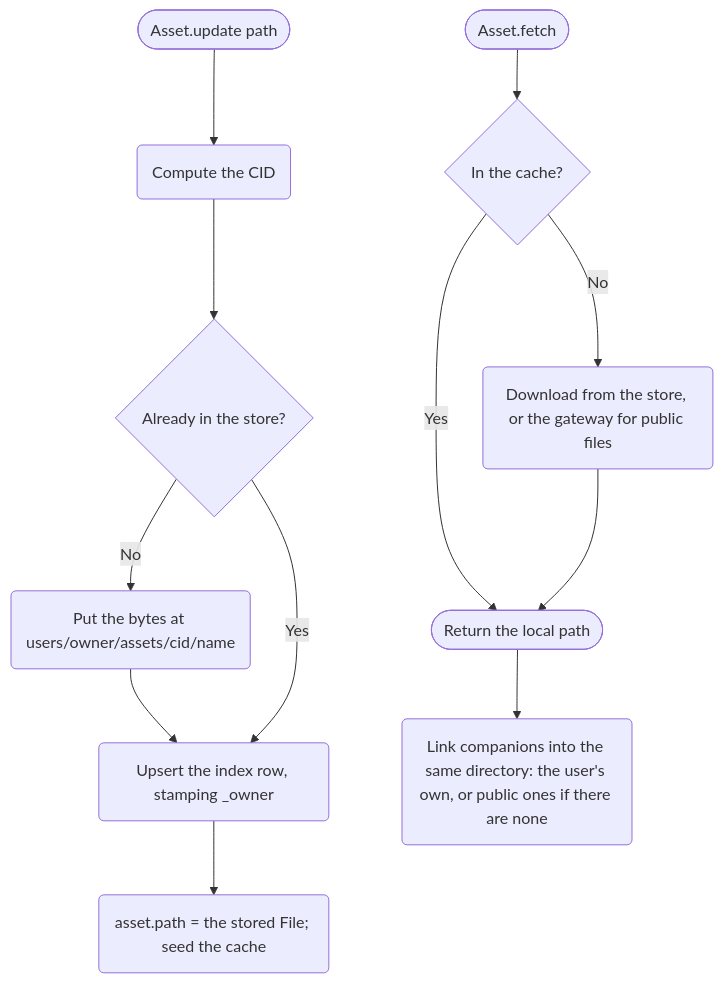
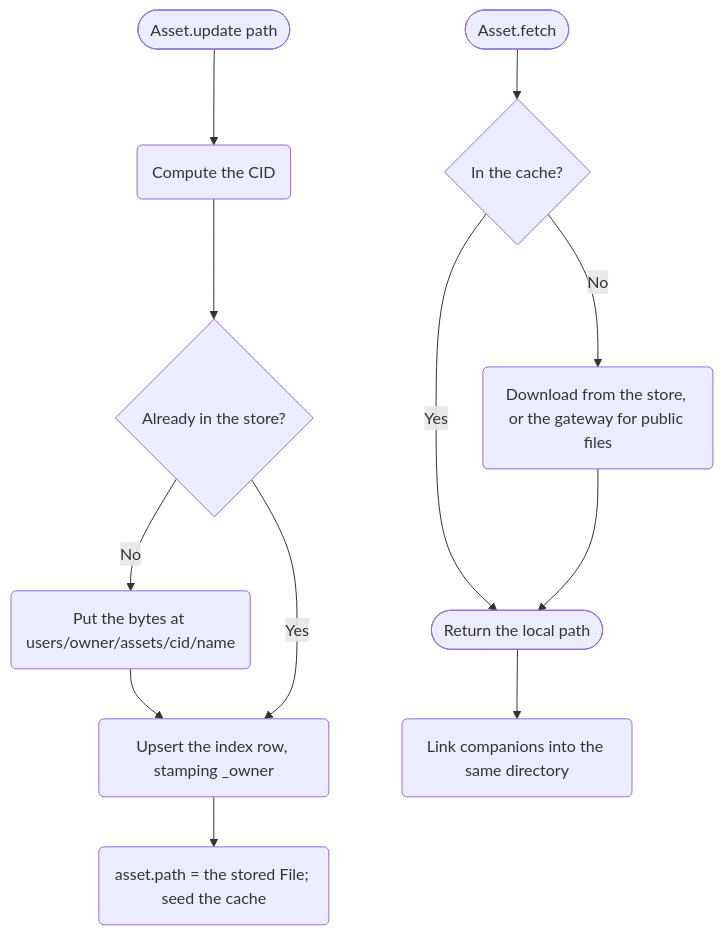
Before and after one commit to StargazerBio/stargazer: the diagram in docs/architecture/configuration.md, drawn with Mermaid. The commit also changed other lines of this file and 10 other files, not shown here.

````diff
--- a/docs/architecture/configuration.md
+++ b/docs/architecture/configuration.md
@@ -48,13 +44,13 @@
 ```mermaid
 flowchart TD
     U([Asset.update path]) --> C("Compute the CID")
     C --> S{Already in the store?}
     S -->|No| P("Put the bytes at users/owner/assets/cid/name") --> R
     S -->|Yes| R("Upsert the index row, stamping _owner")
     R --> F("asset.path = the stored File; seed the cache")
 
     G([Asset.fetch]) --> H{In the cache?}
     H -->|Yes| L([Return the local path])
     H -->|No| D("Download from the store, or the gateway for public files") --> L
-    L --> M("Link companions into the same directory: the user's own, or public ones if there are none")
+    L --> M("Link companions into the same directory")
 ```
````
